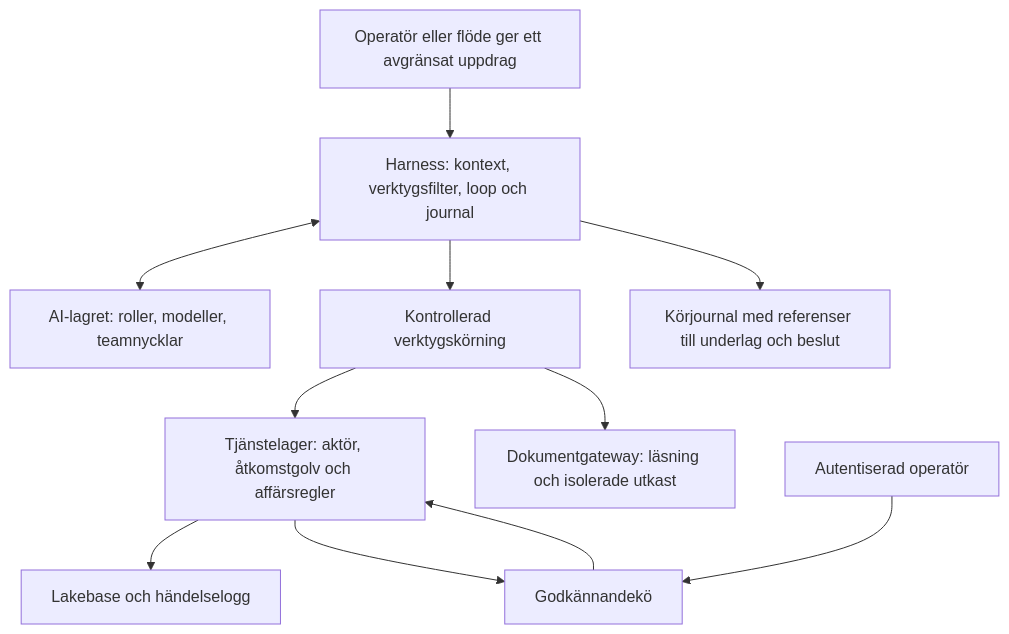
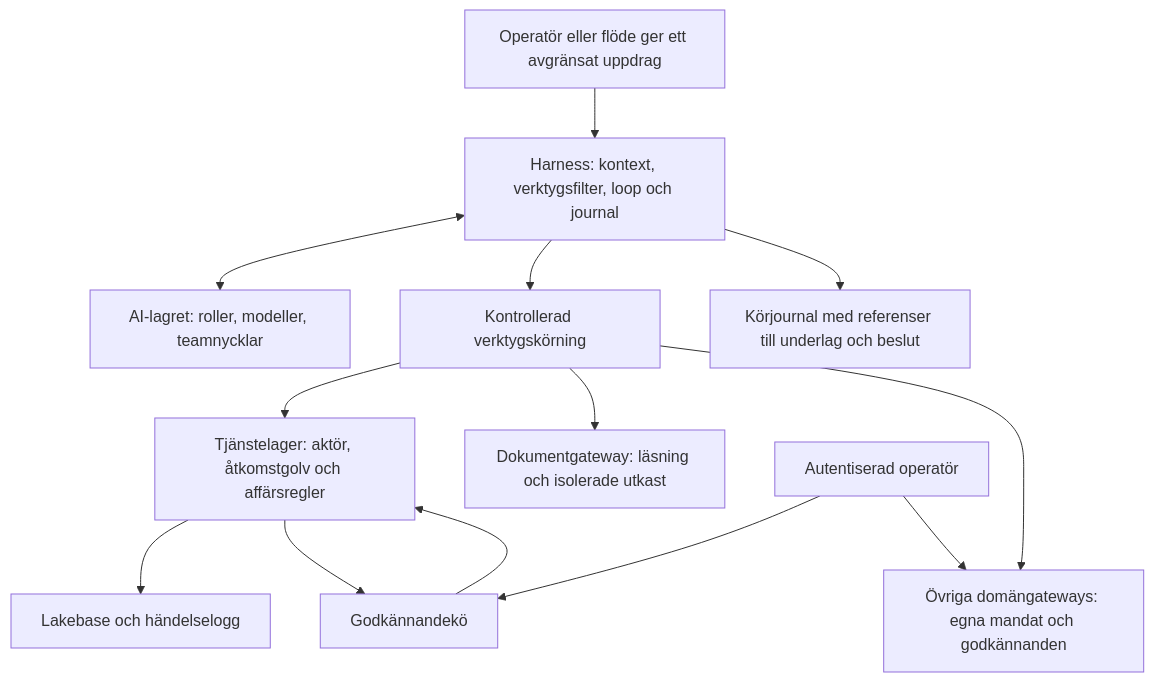
Before and after one commit to karltengelin/Artificiellalecta: the first of 3 diagrams in 02_system/harness.md, drawn with Mermaid. The commit also changed other lines of this file, not shown here.

Commit message:
dokumentation: avgränsa tjänstelagret och sätt harnessgränser

````diff
--- a/02_system/harness.md
+++ b/02_system/harness.md
@@ -18,13 +20,15 @@
 ```mermaid
 flowchart TD
     U[Operatör eller flöde ger ett avgränsat uppdrag] --> H[Harness: kontext, verktygsfilter, loop och journal]
     H <--> A[AI-lagret: roller, modeller, teamnycklar]
     H --> P[Kontrollerad verktygskörning]
     P --> S[Tjänstelager: aktör, åtkomstgolv och affärsregler]
     P --> D[Dokumentgateway: läsning och isolerade utkast]
+    P --> X[Övriga domängateways: egna mandat och godkännanden]
     S --> DB[Lakebase och händelselogg]
     S --> Q[Godkännandekö]
     O[Autentiserad operatör] --> Q
+    O --> X
     Q --> S
     H --> J[Körjournal med referenser till underlag och beslut]
 ```
````
